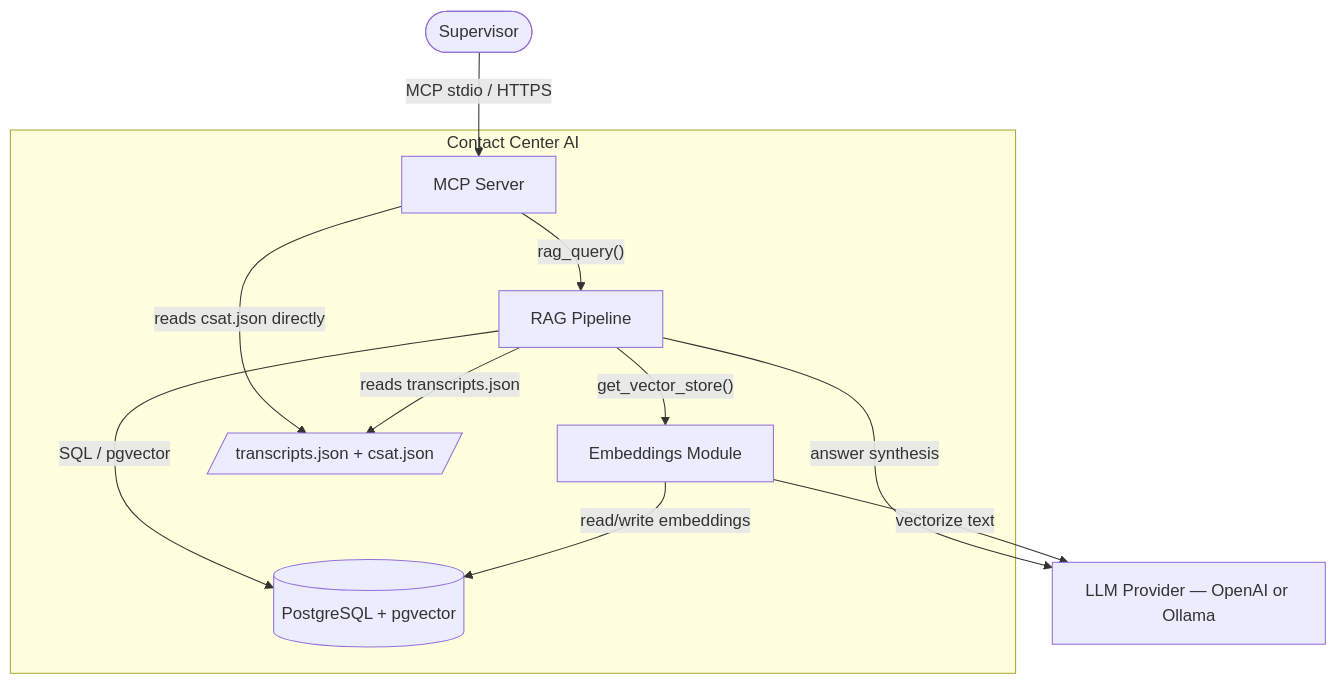
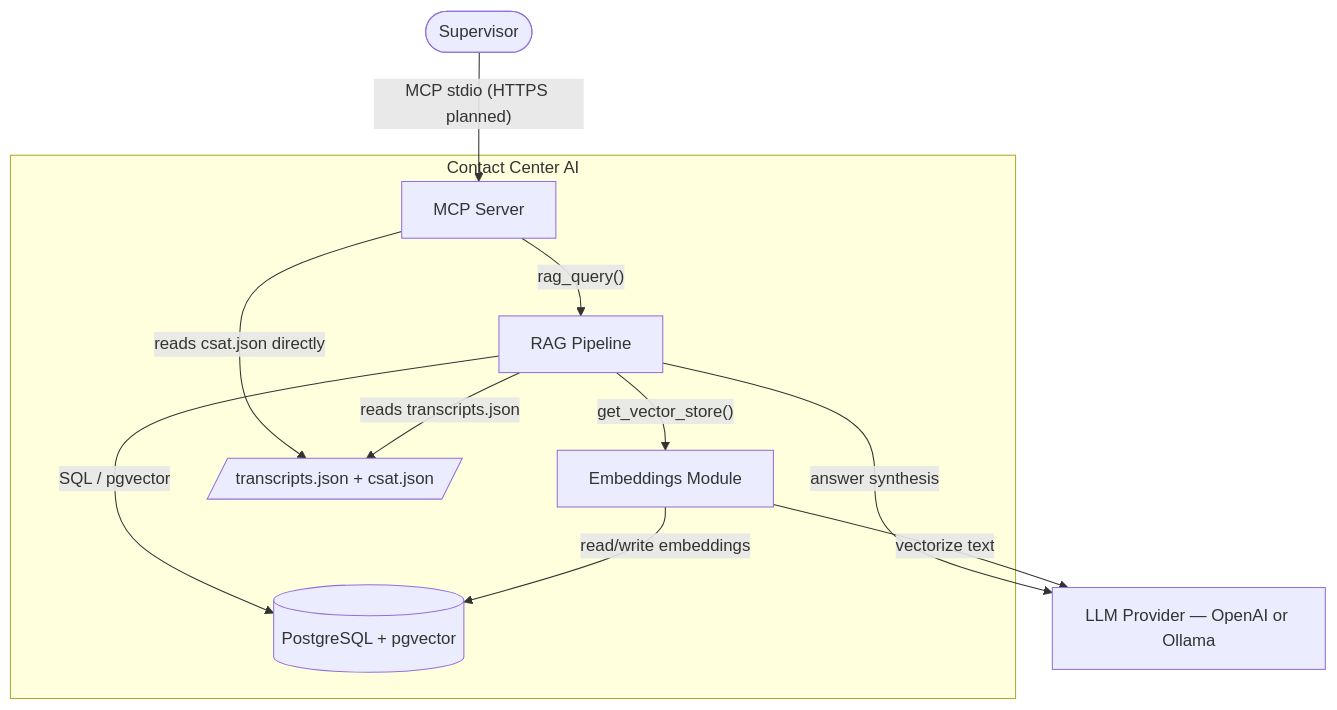
Before and after one commit to HendoCode/contact-center-ai: the second of 5 diagrams in blogs/01-the-blueprint/index.md, drawn with Mermaid. The commit also changed other lines of this file and 7 other files, not shown here.

````diff
--- a/blogs/01-the-blueprint/index.md
+++ b/blogs/01-the-blueprint/index.md
@@ -90,24 +93,24 @@
 ```mermaid
 flowchart TB
     supervisor(["Supervisor"])
 
     subgraph ccai ["Contact Center AI"]
         mcpServer["MCP Server"]
         ragPipeline["RAG Pipeline"]
         embedModule["Embeddings Module"]
         pgvector[("PostgreSQL + pgvector")]
         dataFiles[/"transcripts.json + csat.json"/]
     end
 
     llmProvider["LLM Provider — OpenAI or Ollama"]
 
-    supervisor -->|"MCP stdio / HTTPS"| mcpServer
+    supervisor -->|"MCP stdio (HTTPS planned)"| mcpServer
     mcpServer -->|"rag_query()"| ragPipeline
     mcpServer -->|"reads csat.json directly"| dataFiles
     ragPipeline -->|"get_vector_store()"| embedModule
     ragPipeline -->|"reads transcripts.json"| dataFiles
     ragPipeline -->|"SQL / pgvector"| pgvector
     ragPipeline -->|"answer synthesis"| llmProvider
     embedModule -->|"vectorize text"| llmProvider
     embedModule -->|"read/write embeddings"| pgvector
 ```
````
